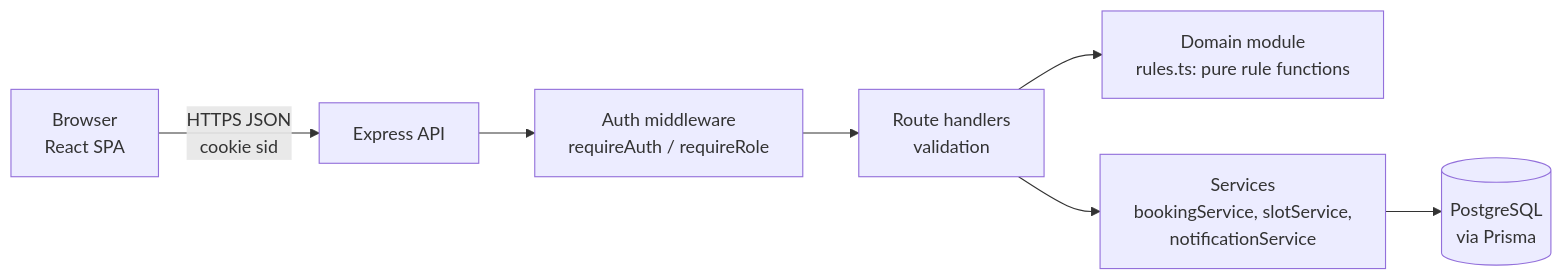
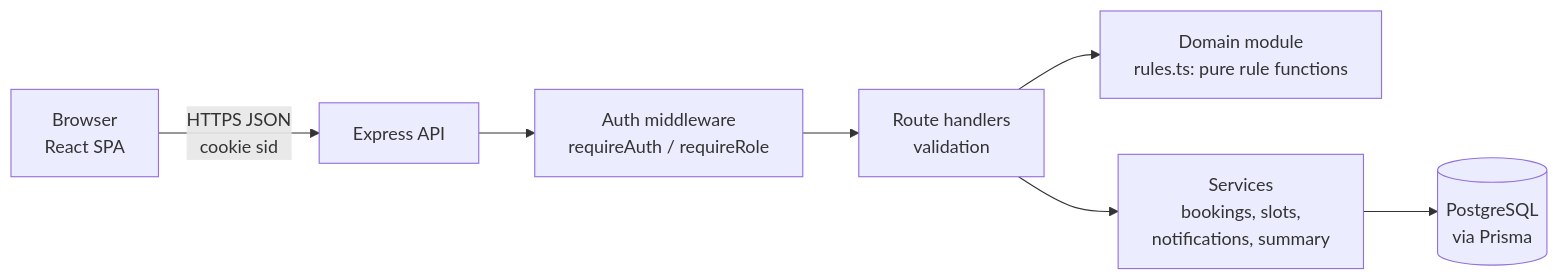
The first of 2 diagrams in docs/system-sds.md (Chanat-888/AdviseSlot), drawn with Mermaid before and after one commit. The commit also changed other lines of this file and 6 other files, not shown here.

````diff
--- a/docs/system-sds.md
+++ b/docs/system-sds.md
@@ -42,9 +43,9 @@
 ```mermaid
 flowchart LR
   B[Browser<br/>React SPA] -- "HTTPS JSON<br/>cookie sid" --> A[Express API]
   A --> M[Auth middleware<br/>requireAuth / requireRole]
   M --> R[Route handlers<br/>validation]
   R --> D[Domain module<br/>rules.ts: pure rule functions]
-  R --> S[Services<br/>bookingService, slotService,<br/>notificationService]
+  R --> S[Services<br/>bookings, slots,<br/>notifications, summary]
   S --> P[(PostgreSQL<br/>via Prisma)]
 ```
````
